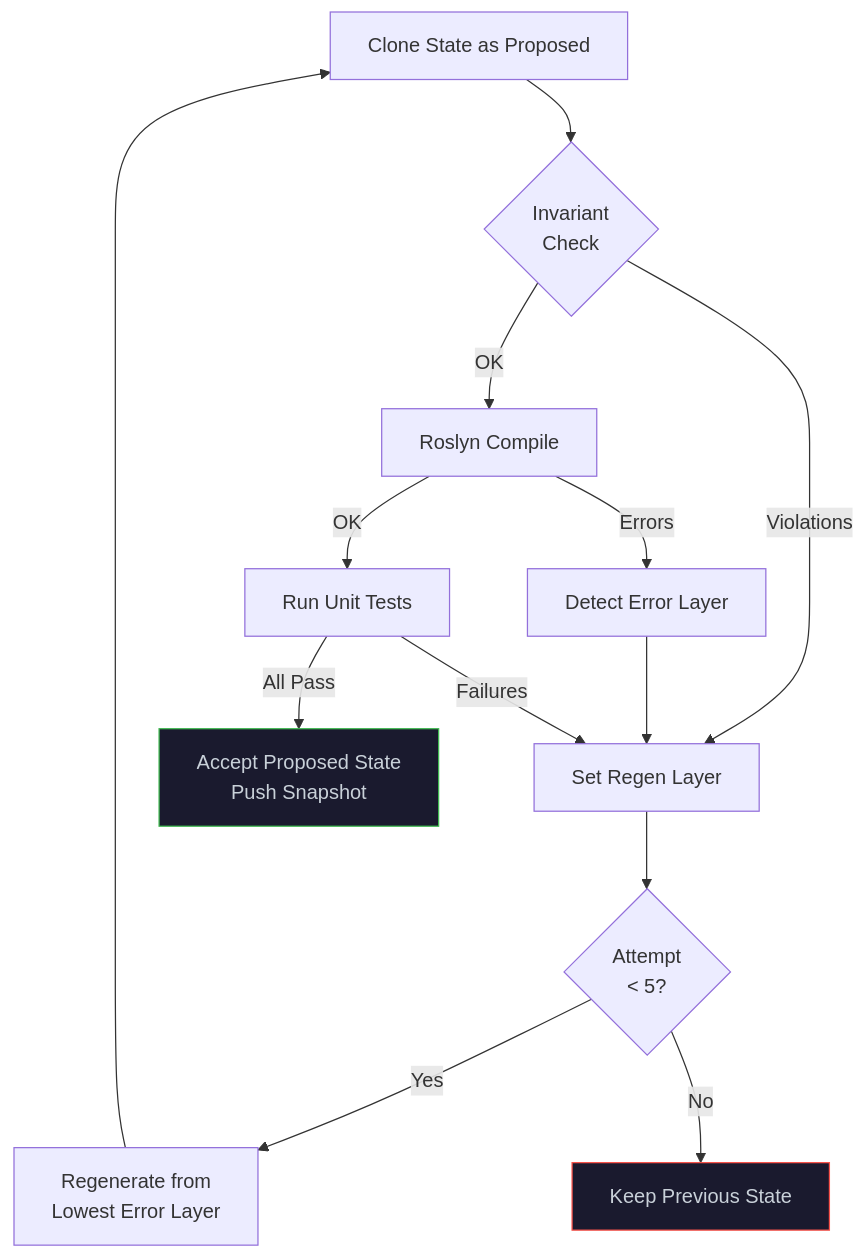
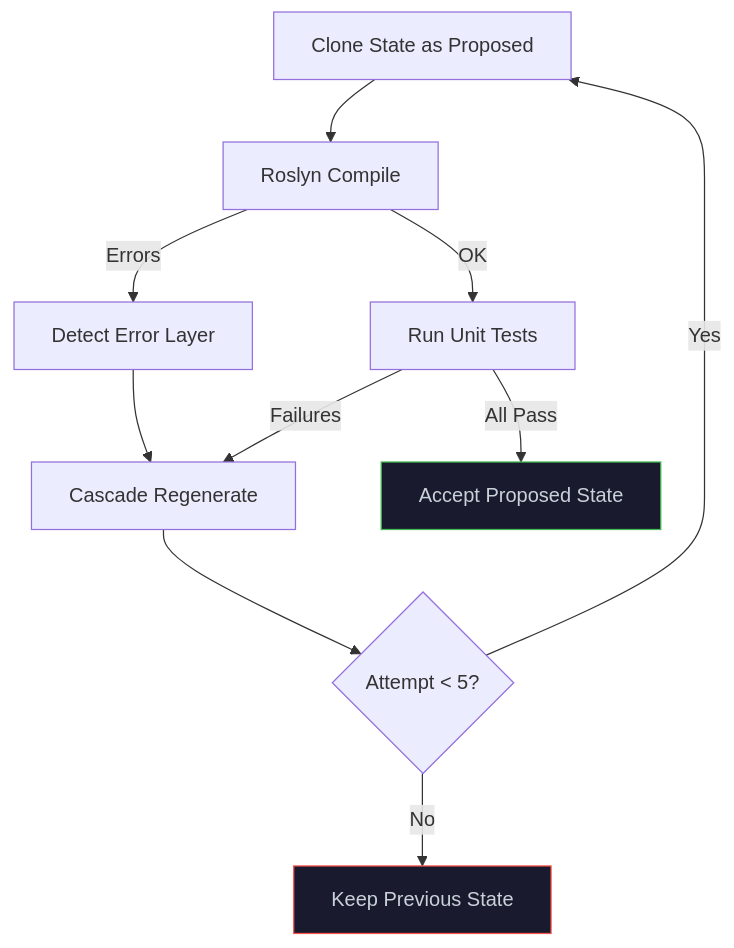
One commit to WillEastbury/IdeaForge changed the diagram in README.md. Above: the diagram before and after it, drawn with Mermaid. The commit also changed other lines of this file, not shown here.

````diff
--- a/README.md
+++ b/README.md
@@ -152,18 +149,15 @@
 ```mermaid
 flowchart TD
-    Start[Clone State as Proposed] --> Inv{Invariant<br/>Check}
-    Inv -->|Violations| Regen[Set Regen Layer]
-    Inv -->|OK| Compile[Roslyn Compile]
+    Start[Clone State as Proposed] --> Compile[Roslyn Compile]
     Compile -->|Errors| Detect[Detect Error Layer]
-    Detect --> Regen
+    Detect --> Regen[Cascade Regenerate]
     Compile -->|OK| Run[Run Unit Tests]
     Run -->|Failures| Regen
-    Run -->|All Pass| Accept[Accept Proposed State<br/>Push Snapshot]
-    Regen --> Next{Attempt<br/>< 5?}
-    Next -->|Yes| Cascade[Regenerate from<br/>Lowest Error Layer]
+    Run -->|All Pass| Accept[Accept Proposed State]
+    Regen --> Next{Attempt < 5?}
+    Next -->|Yes| Start
     Next -->|No| Fail[Keep Previous State]
-    Cascade --> Start
 
     style Accept fill:#1a1a2e,stroke:#3fb950,color:#c9d1d9
     style Fail fill:#1a1a2e,stroke:#f85149,color:#c9d1d9
 ```
````
